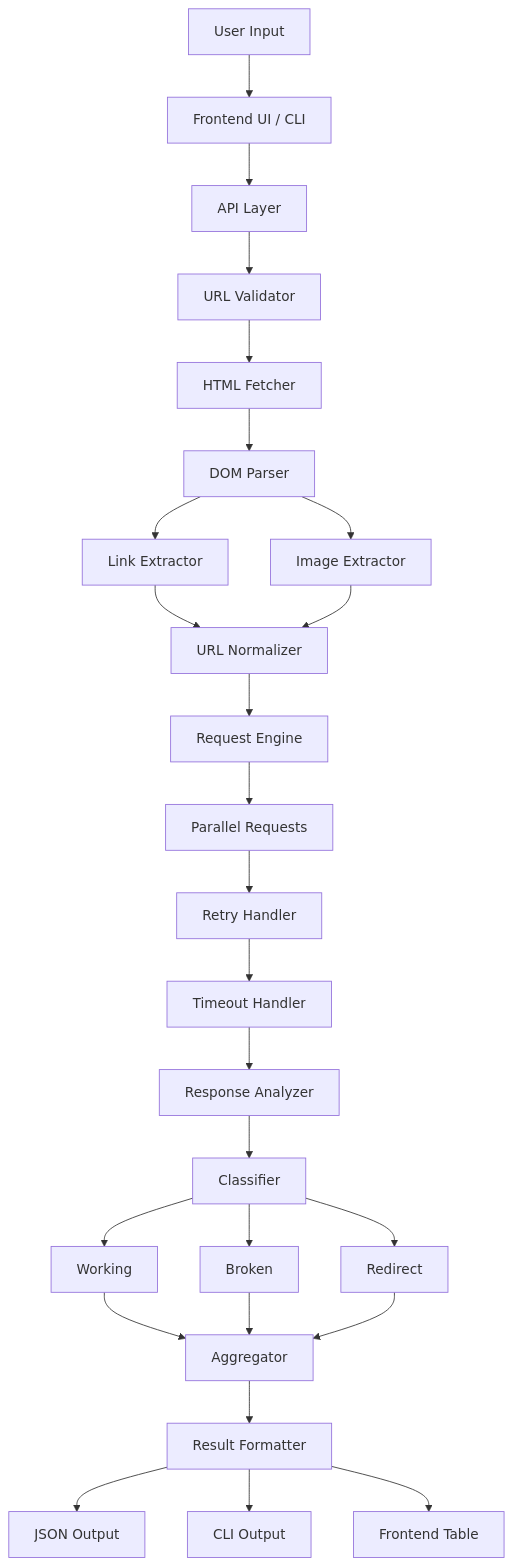
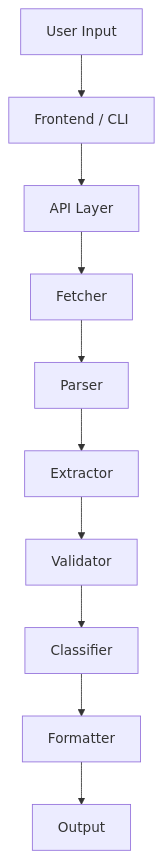
One commit to Chhatrapati-sahu-09/broken-link-checker changed the first of 2 diagrams in README.md. Above: the diagram before and after it, drawn with Mermaid. The commit also changed other lines of this file, not shown here.

````diff
--- a/README.md
+++ b/README.md
@@ -104,38 +133,12 @@
 ```mermaid
 flowchart TD
-
-    A[User Input] --> B[Frontend UI / CLI]
+    A[User Input] --> B[Frontend / CLI]
     B --> C[API Layer]
-
-    C --> D[URL Validator]
-    D --> E[HTML Fetcher]
-
-    E --> F[DOM Parser]
-    F --> G[Link Extractor]
-    F --> H[Image Extractor]
-
-    G --> I[URL Normalizer]
-    H --> I
-
-    I --> J[Request Engine]
-
-    J --> K[Parallel Requests]
-    K --> L[Retry Handler]
-    L --> M[Timeout Handler]
-
-    M --> N[Response Analyzer]
-
-    N --> O[Classifier]
-    O --> P[Working]
-    O --> Q[Broken]
-    O --> R[Redirect]
-
-    P --> S[Aggregator]
-    Q --> S
-    R --> S
-
-    S --> T[Result Formatter]
-    T --> U[JSON Output]
-    T --> V[CLI Output]
-    T --> W[Frontend Table]
+    C --> D[Fetcher]
+    D --> E[Parser]
+    E --> F[Extractor]
+    F --> G[Validator]
+    G --> H[Classifier]
+    H --> I[Formatter]
+    I --> J[Output]
 ```
````
